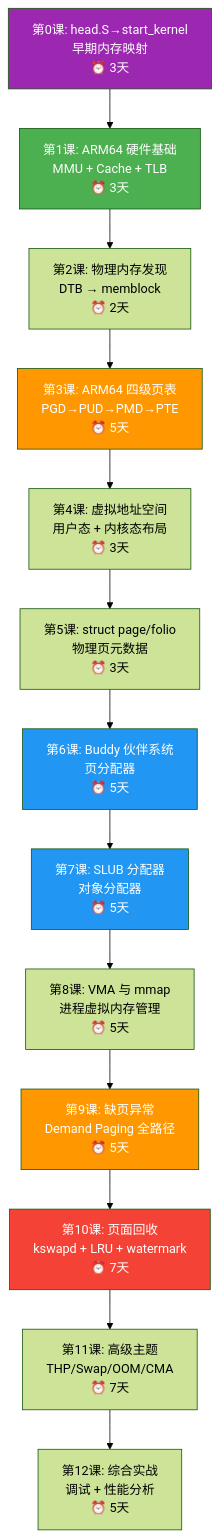
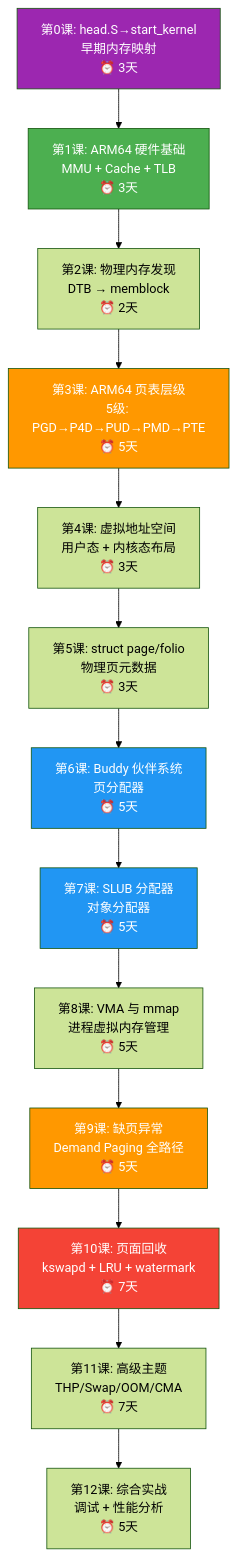
One commit to xmphoenix/linux-6.18.1 changed the first of 4 diagrams in learningNote/arm64_memory_learning_guide.md. Above: the diagram before and after it, drawn with Mermaid (forest theme). The commit also changed other lines of this file and 72 other files, not shown here.

````diff
--- a/learningNote/arm64_memory_learning_guide.md
+++ b/learningNote/arm64_memory_learning_guide.md
@@ -175,23 +175,23 @@
 ```mermaid
 graph TD
     Z["第0课: head.S→start_kernel<br/>早期内存映射<br/>⏰ 3天"] --> A["第1课: ARM64 硬件基础<br/>MMU + Cache + TLB<br/>⏰ 3天"]
     A --> B["第2课: 物理内存发现<br/>DTB → memblock<br/>⏰ 2天"]
-    B --> C["第3课: ARM64 四级页表<br/>PGD→PUD→PMD→PTE<br/>⏰ 5天"]
+    B --> C["第3课: ARM64 页表层级<br/>5级: PGD→P4D→PUD→PMD→PTE<br/>⏰ 5天"]
     C --> D["第4课: 虚拟地址空间<br/>用户态 + 内核态布局<br/>⏰ 3天"]
     D --> E["第5课: struct page/folio<br/>物理页元数据<br/>⏰ 3天"]
     E --> F["第6课: Buddy 伙伴系统<br/>页分配器<br/>⏰ 5天"]
     F --> G["第7课: SLUB 分配器<br/>对象分配器<br/>⏰ 5天"]
     G --> H["第8课: VMA 与 mmap<br/>进程虚拟内存管理<br/>⏰ 5天"]
     H --> I["第9课: 缺页异常<br/>Demand Paging 全路径<br/>⏰ 5天"]
     I --> J["第10课: 页面回收<br/>kswapd + LRU + watermark<br/>⏰ 7天"]
     J --> K["第11课: 高级主题<br/>THP/Swap/OOM/CMA<br/>⏰ 7天"]
     K --> L["第12课: 综合实战<br/>调试 + 性能分析<br/>⏰ 5天"]
 
     style Z fill:#9C27B0,color:#fff
     style A fill:#4CAF50,color:#fff
     style C fill:#FF9800,color:#fff
     style F fill:#2196F3,color:#fff
     style G fill:#2196F3,color:#fff
     style I fill:#FF9800,color:#fff
     style J fill:#f44336,color:#fff
 ```
````
